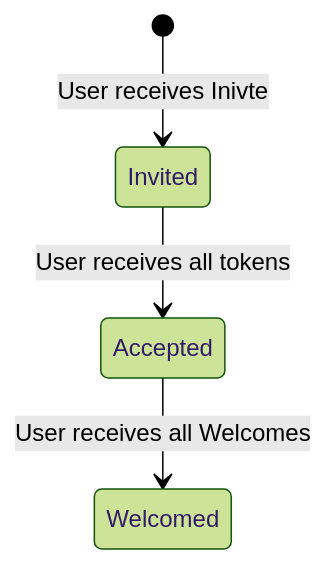
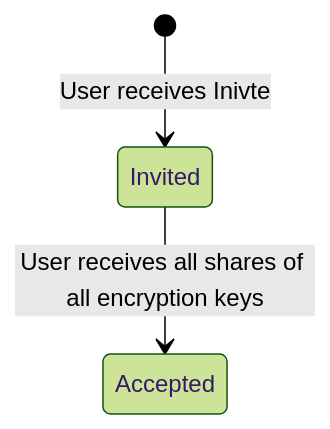
Before and after one commit to simplex-chat/simplexmq: the third of 8 diagrams in rfcs/2022-06-11-private-groups.md, drawn with Mermaid (forest theme). The commit also changed other lines of this file and 1 other file, not shown here.

````diff
--- a/rfcs/2022-06-11-private-groups.md
+++ b/rfcs/2022-06-11-private-groups.md
@@ -201,6 +193,5 @@
 ```mermaid
 stateDiagram-v2
     [*] --> Invited : User receives Inivte
-    Invited --> Accepted : User receives all tokens
-    Accepted --> Welcomed : User receives all Welcomes
+    Invited --> Accepted : User receives all shares of all encryption keys
 ```
````
